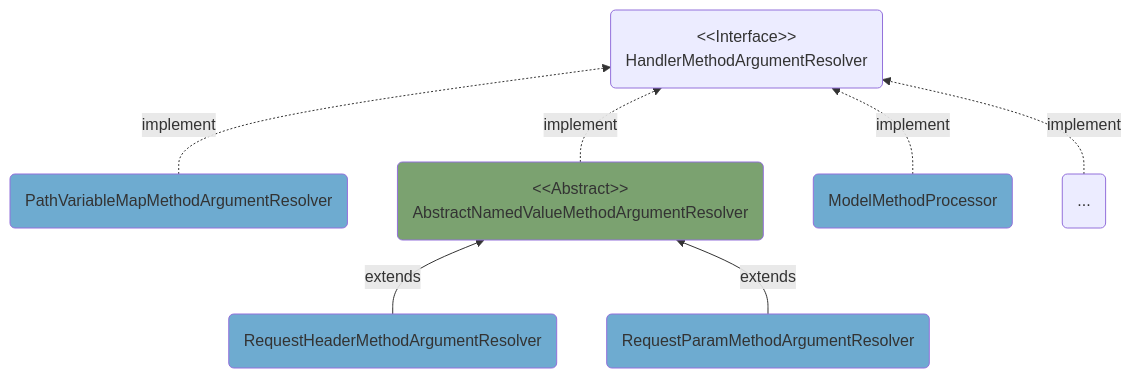
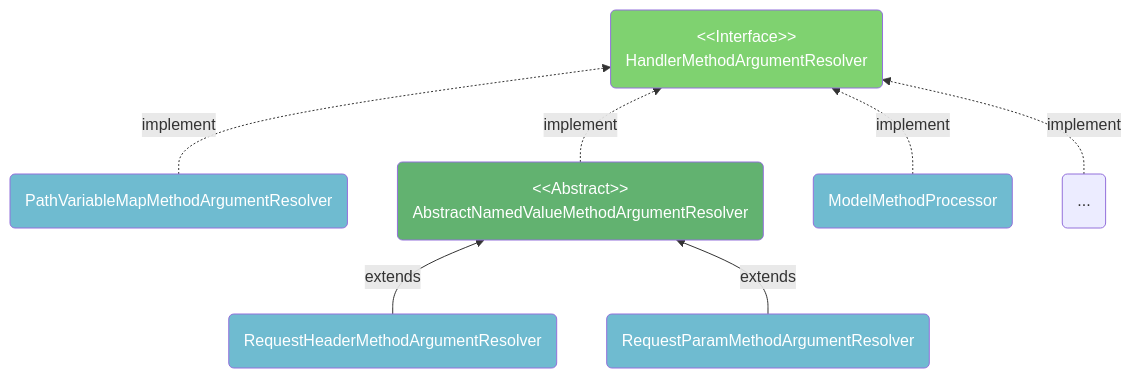
One commit to domeniczz/learnJavaDev changed the tenth of 42 diagrams in DevTech/Spring.md. Above: the diagram before and after it, drawn with Mermaid. The commit also changed other lines of this file and 6 other files, not shown here.

````diff
--- a/DevTech/Spring.md
+++ b/DevTech/Spring.md
@@ -6130,10 +6231,11 @@
 ```mermaid
 flowchart BT
-  A("PathVariableMapMethodArgumentResolver"):::sclass -."implement".-> I("&lt;&lt;Interface&gt;&gt;<br/>HandlerMethodArgumentResolver")
+  A("PathVariableMapMethodArgumentResolver"):::sclass -."implement".-> I("&lt;&lt;Interface&gt;&gt;<br/>HandlerMethodArgumentResolver"):::iclass
   C("RequestHeaderMethodArgumentResolver"):::sclass --"extends"--> B("&lt;&lt;Abstract&gt;&gt;<br/>AbstractNamedValueMethodArgumentResolver"):::aclass -."implement".-> I
   D("RequestParamMethodArgumentResolver"):::sclass --"extends"--> B
   E("ModelMethodProcessor"):::sclass -."implement".-> I
   F("...") -."implement".-> I
-  classDef sclass fill:#6eabd0;
-  classDef aclass fill:#7BA270;
+  classDef sclass fill:#6FBBD0,color:white;
+  classDef iclass fill:#7FD270,color:white;
+  classDef aclass fill:#62B270,color:white;
 ```
````
